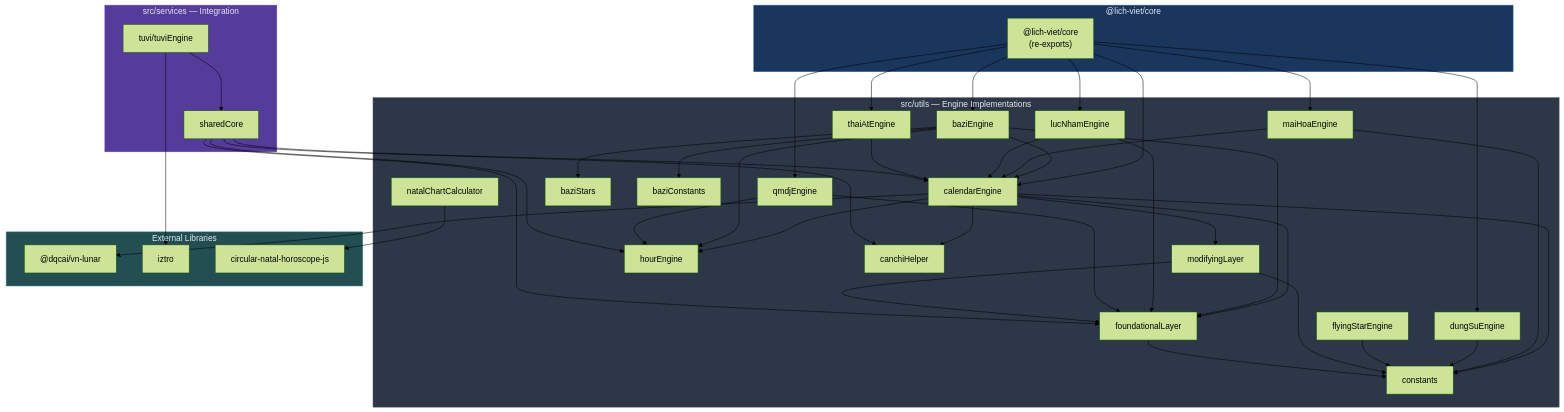
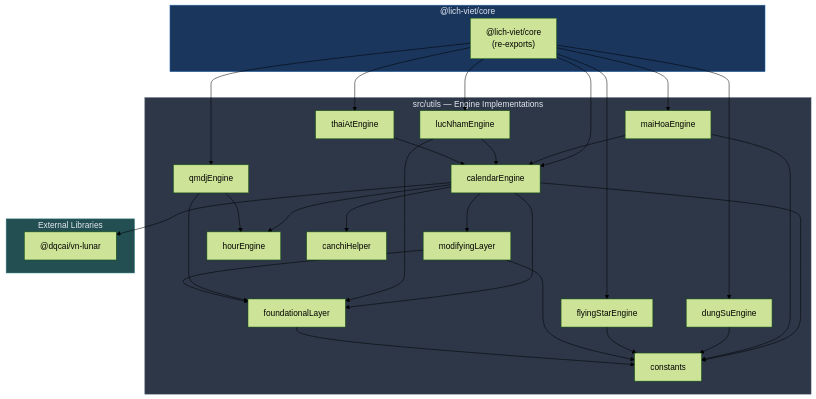
Before and after one commit to jakessteve/lich-viet: the second of 3 diagrams in docs/tech/ARCHITECTURE.md, drawn with Mermaid (forest theme). The commit also changed other lines of this file and 6 other files, not shown here.

````diff
--- a/docs/tech/ARCHITECTURE.md
+++ b/docs/tech/ARCHITECTURE.md
@@ -221,60 +194,43 @@
 ```mermaid
 graph TD
     subgraph Packages["@lich-viet/core"]
         Core["@lich-viet/core<br/>(re-exports)"]
     end
 
     subgraph Utils["src/utils — Engine Implementations"]
         CalEngine["calendarEngine"]
-        BaziEng["baziEngine"]
         MaiHoaEng["maiHoaEngine"]
         LucNhamEng["lucNhamEngine"]
         QMDJEng["qmdjEngine"]
         ThaiAtEng["thaiAtEngine"]
         DungSuEng["dungSuEngine"]
-        NatalCalc["natalChartCalculator"]
         FlyingStarEng["flyingStarEngine"]
 
         FoundLayer["foundationalLayer"]
         ModLayer["modifyingLayer"]
         HourEng["hourEngine"]
         CanChi["canchiHelper"]
-        BaziStars["baziStars"]
-        BaziConst["baziConstants"]
         Constants["constants"]
-    end
-
-    subgraph Services["src/services — Integration"]
-        TuViSvc["tuvi/tuviEngine"]
-        SharedCore["sharedCore"]
     end
 
     subgraph External["External Libraries"]
         VnLunar["@dqcai/vn-lunar"]
-        Iztro["iztro"]
-        CircNatal["circular-natal-horoscope-js"]
     end
 
-    Core --> CalEngine & BaziEng & MaiHoaEng & LucNhamEng & QMDJEng & ThaiAtEng & DungSuEng
+    Core --> CalEngine & DungSuEng & MaiHoaEng & QMDJEng & ThaiAtEng & LucNhamEng & FlyingStarEng
 
     CalEngine --> FoundLayer & ModLayer & HourEng & CanChi & VnLunar & Constants
-    BaziEng --> CalEngine & HourEng & FoundLayer & BaziStars & BaziConst
     MaiHoaEng --> CalEngine & Constants
     LucNhamEng --> CalEngine & FoundLayer
     QMDJEng --> FoundLayer & HourEng
     ThaiAtEng --> CalEngine
     DungSuEng --> Constants
-    NatalCalc --> CircNatal
     FlyingStarEng --> Constants
 
     ModLayer --> FoundLayer & Constants
     FoundLayer --> Constants
 
-    TuViSvc --> Iztro & SharedCore
-    SharedCore --> CalEngine & FoundLayer & HourEng & CanChi
-
     style Packages fill:#1a365d,stroke:#2b6cb0,color:#e2e8f0
     style Utils fill:#2d3748,stroke:#4a5568,color:#e2e8f0
-    style Services fill:#553c9a,stroke:#6b46c1,color:#e2e8f0
     style External fill:#234e52,stroke:#2c7a7b,color:#e2e8f0
 ```
````
